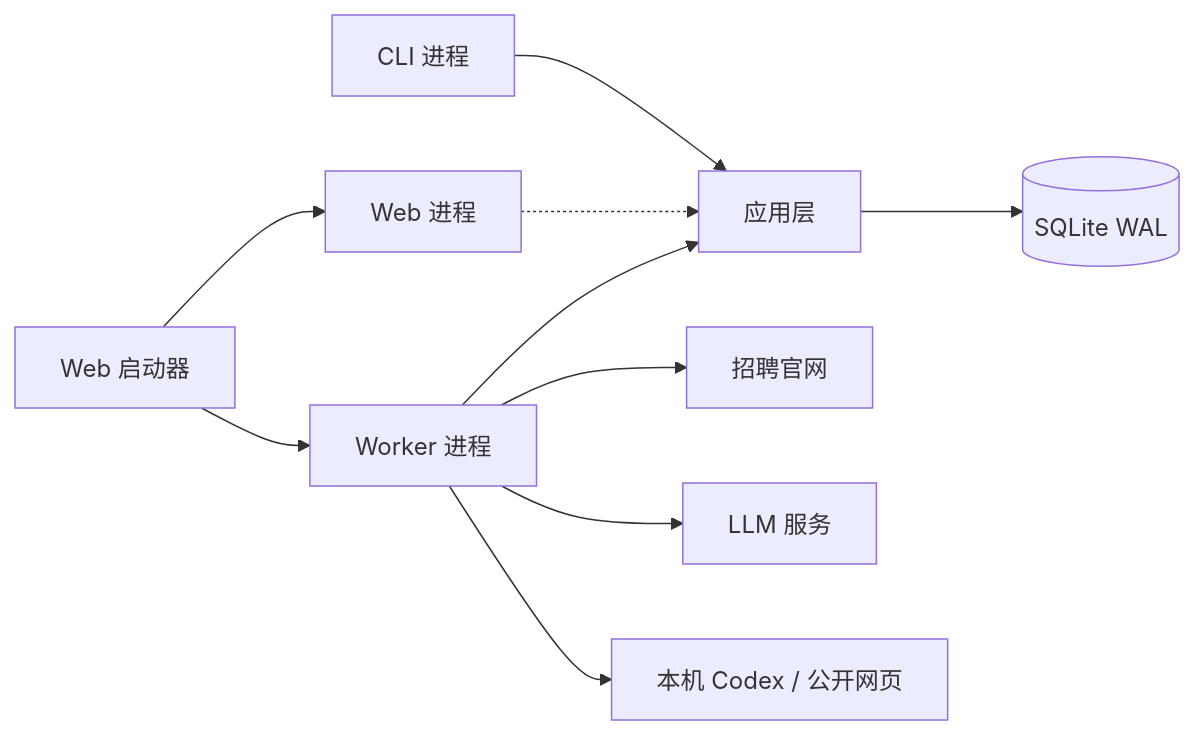
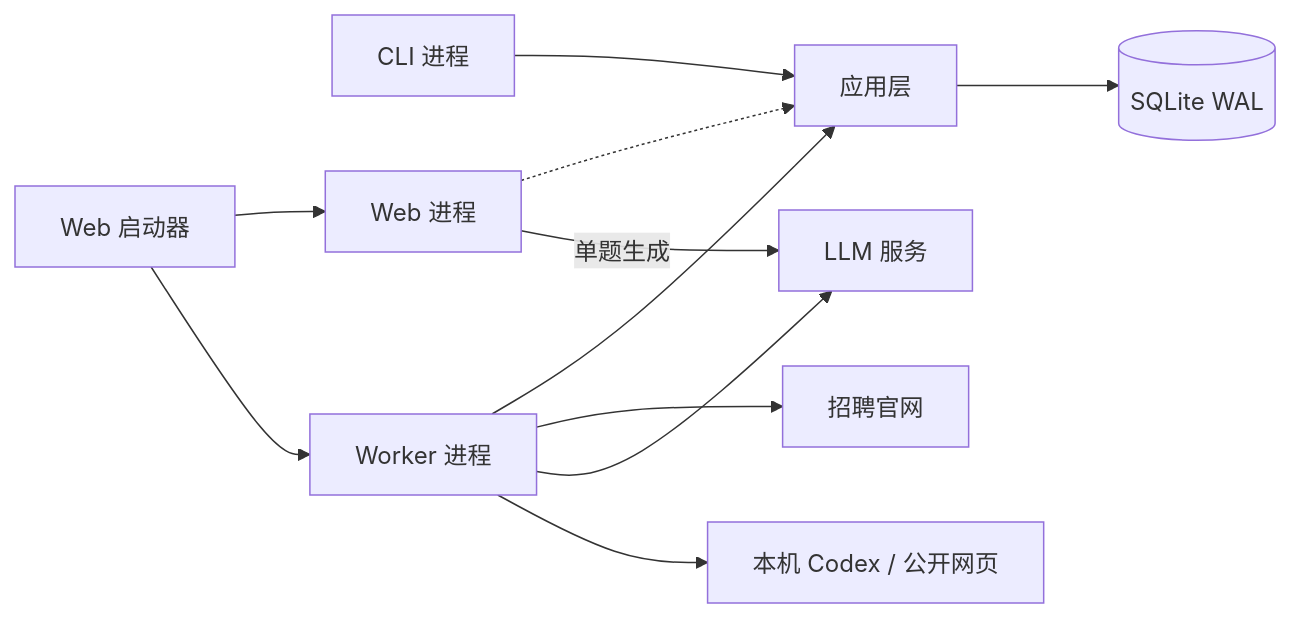
One commit to MonarchMan/JobHunter changed the third of 8 diagrams in docs/arch/overall-arch.md. Above: the diagram before and after it, drawn with Mermaid. The commit also changed other lines of this file and 24 other files, not shown here.

````diff
--- a/docs/arch/overall-arch.md
+++ b/docs/arch/overall-arch.md
@@ -320,12 +333,13 @@
 ```mermaid
 flowchart LR
     CLI["CLI 进程"] --> APP["应用层"]
     LAUNCHER["Web 启动器"] --> WEB["Web 进程"]
     LAUNCHER --> WORKER
     WEB -.-> APP
     WORKER["Worker 进程"] --> APP
     APP --> DB[("SQLite WAL")]
     WORKER --> SITE["招聘官网"]
     WORKER --> MODEL["LLM 服务"]
+    WEB -->|单题生成| MODEL
     WORKER --> RESEARCH["本机 Codex / 公开网页"]
 ```
````
